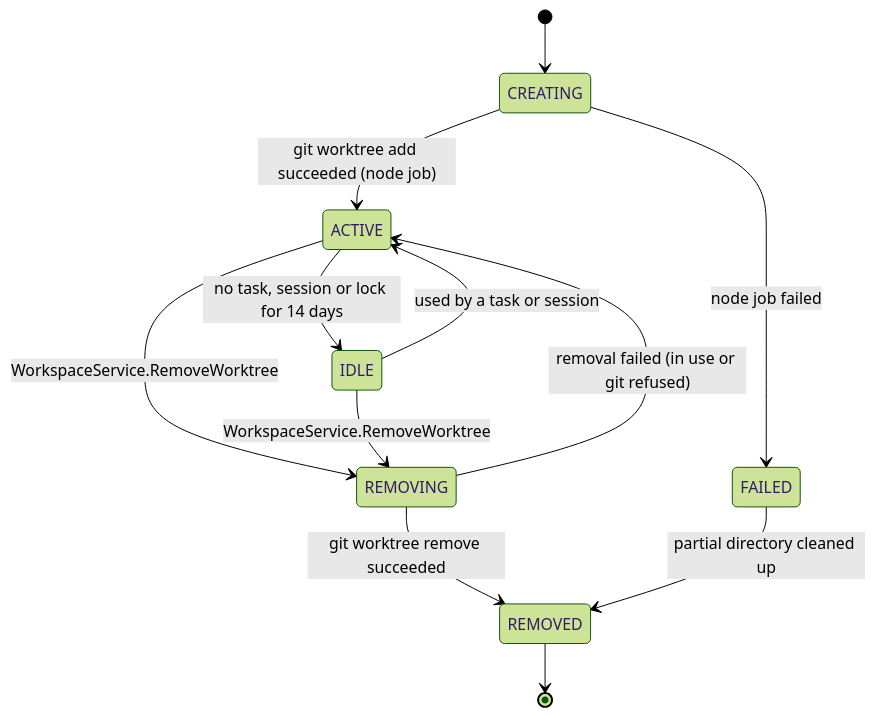
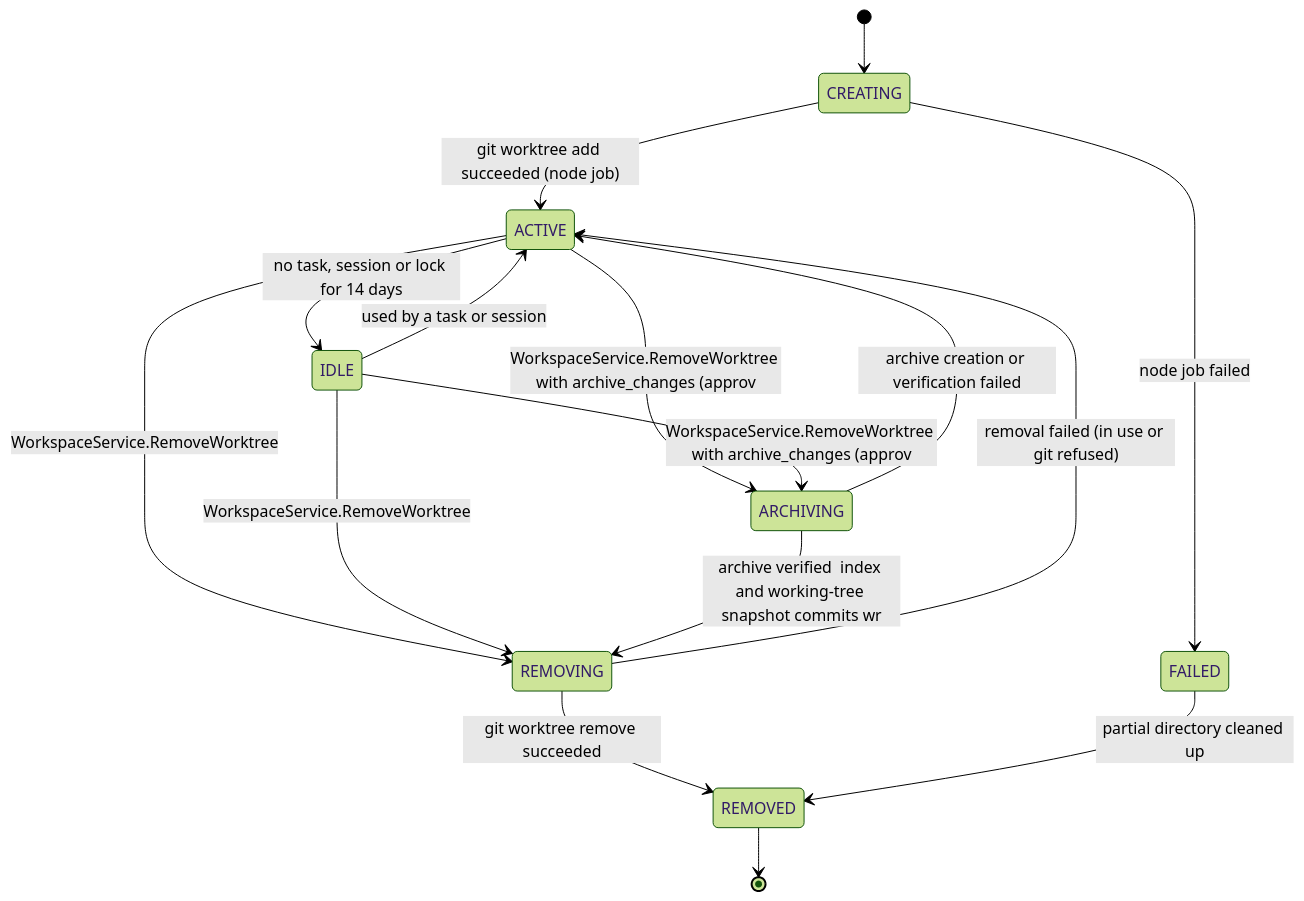
Before and after one commit to ArcForges/ArcForges-Design: the ninth of 19 diagrams in docs/state-machines/README.md, drawn with Mermaid (forest theme). The commit also changed other lines of this file and 49 other files, not shown here.

````diff
--- a/docs/state-machines/README.md
+++ b/docs/state-machines/README.md
@@ -389,14 +389,18 @@
 ```mermaid
 stateDiagram-v2
   [*] --> CREATING
   CREATING --> ACTIVE : git worktree add succeeded (node job)
   CREATING --> FAILED : node job failed
   ACTIVE --> IDLE : no task, session or lock for 14 days
   IDLE --> ACTIVE : used by a task or session
   ACTIVE --> REMOVING : WorkspaceService.RemoveWorktree
   IDLE --> REMOVING : WorkspaceService.RemoveWorktree
+  ACTIVE --> ARCHIVING : WorkspaceService.RemoveWorktree with archive_changes (approv
+  IDLE --> ARCHIVING : WorkspaceService.RemoveWorktree with archive_changes (approv
+  ARCHIVING --> REMOVING : archive verified  index and working-tree snapshot commits wr
+  ARCHIVING --> ACTIVE : archive creation or verification failed
   REMOVING --> REMOVED : git worktree remove succeeded
   REMOVING --> ACTIVE : removal failed (in use or git refused)
   FAILED --> REMOVED : partial directory cleaned up
   REMOVED --> [*]
 ```
````
